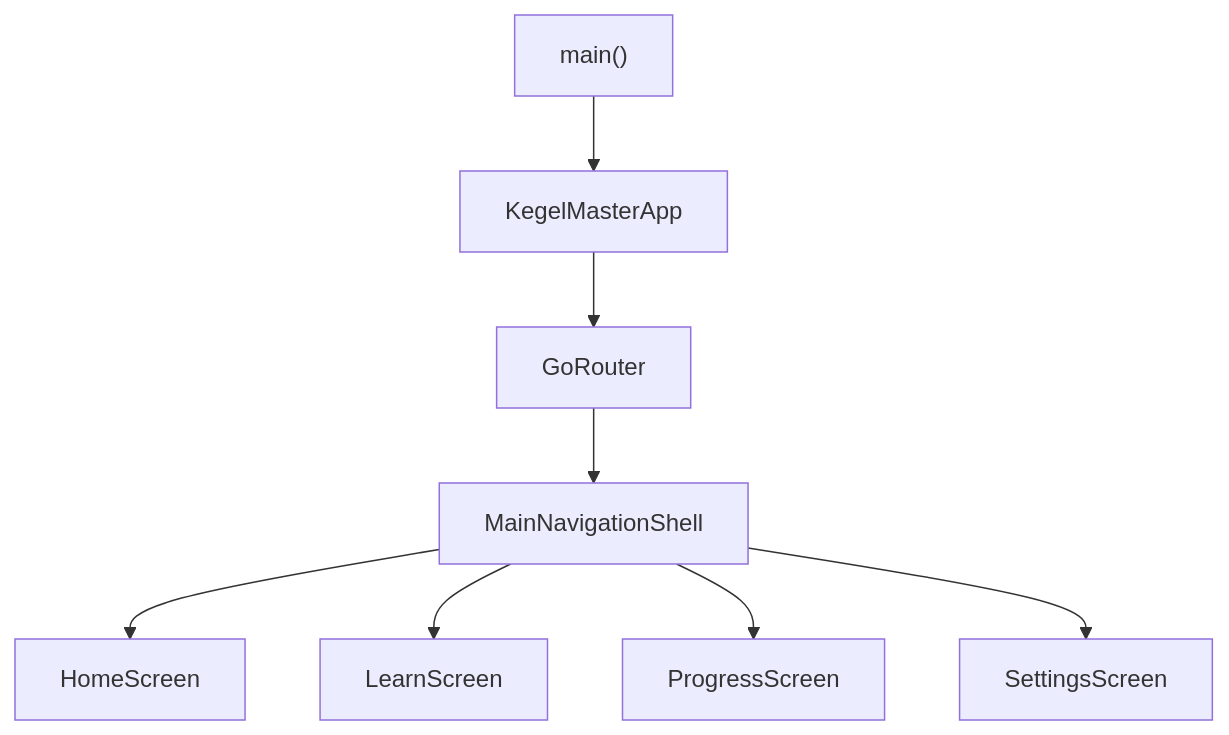
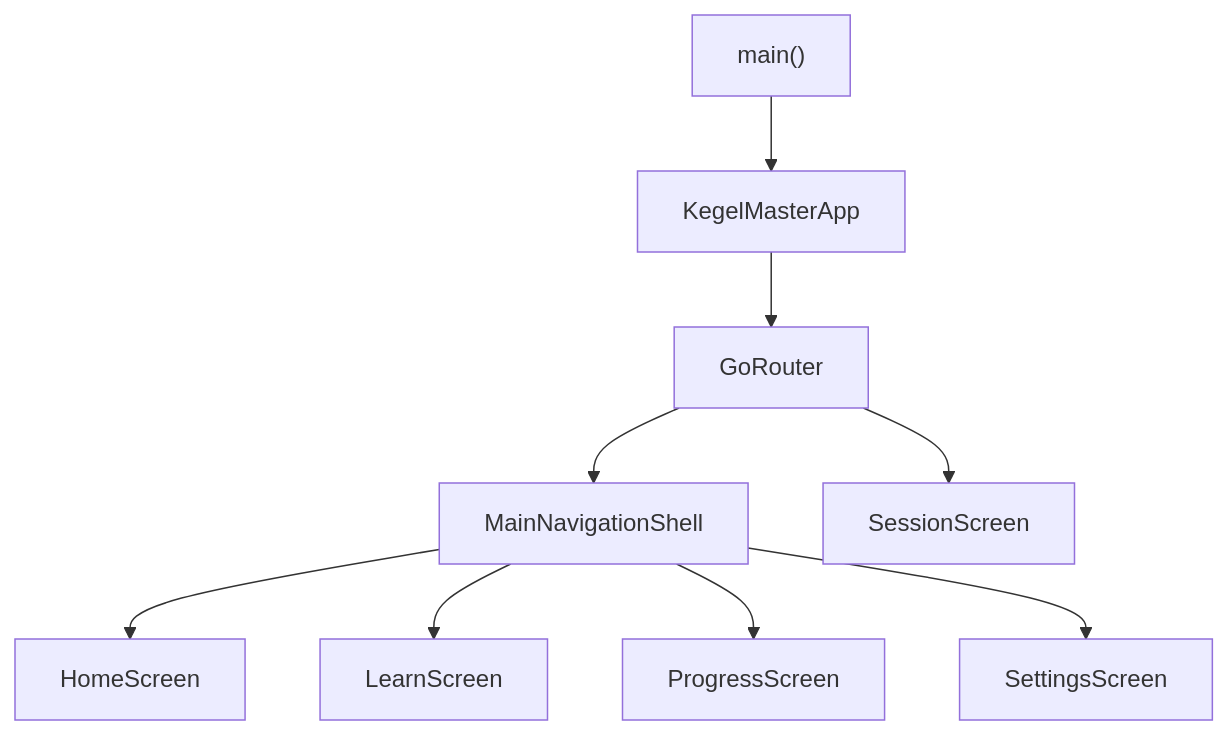
One commit to tejamaripuri/kegel_master changed the diagram in docs/ARCHITECTURE.md. Above: the diagram before and after it, drawn with Mermaid. The commit also changed other lines of this file and 1 other file, not shown here.

First line of the commit message:
test/docs: cover session route behavior and architecture notes

````diff
--- a/docs/ARCHITECTURE.md
+++ b/docs/ARCHITECTURE.md
@@ -51,19 +55,21 @@
 ```mermaid
 flowchart TD
   mainNode["main()"]
   appNode["KegelMasterApp"]
   routerNode["GoRouter"]
   shellNode["MainNavigationShell"]
   homeNode["HomeScreen"]
   learnNode["LearnScreen"]
   progressNode["ProgressScreen"]
   settingsNode["SettingsScreen"]
+  sessionNode["SessionScreen"]
 
   mainNode --> appNode
   appNode --> routerNode
   routerNode --> shellNode
+  routerNode --> sessionNode
   shellNode --> homeNode
   shellNode --> learnNode
   shellNode --> progressNode
   shellNode --> settingsNode
 ```
````
